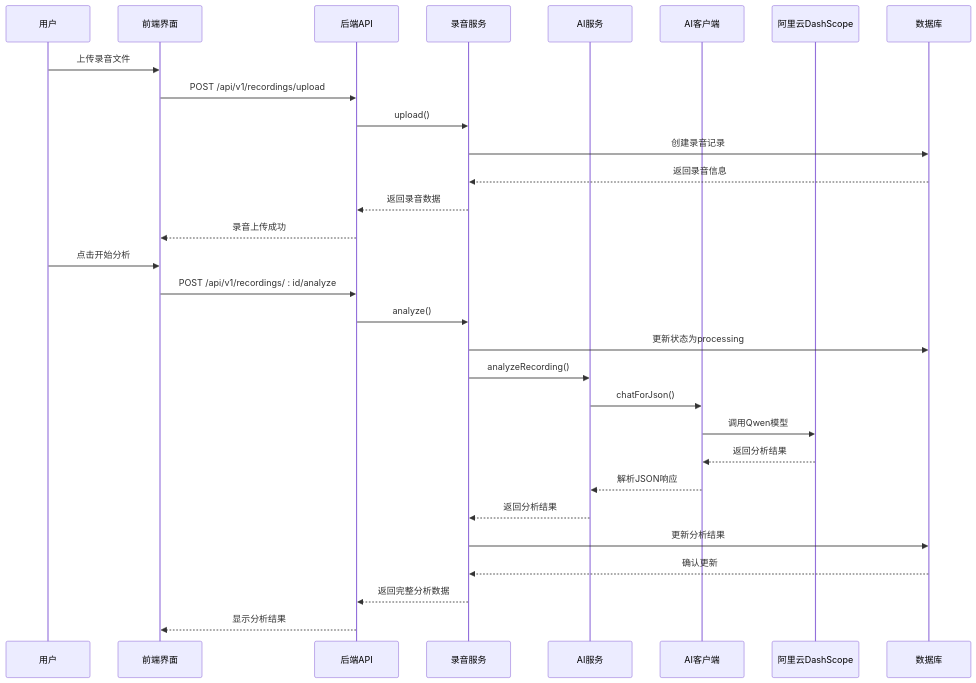
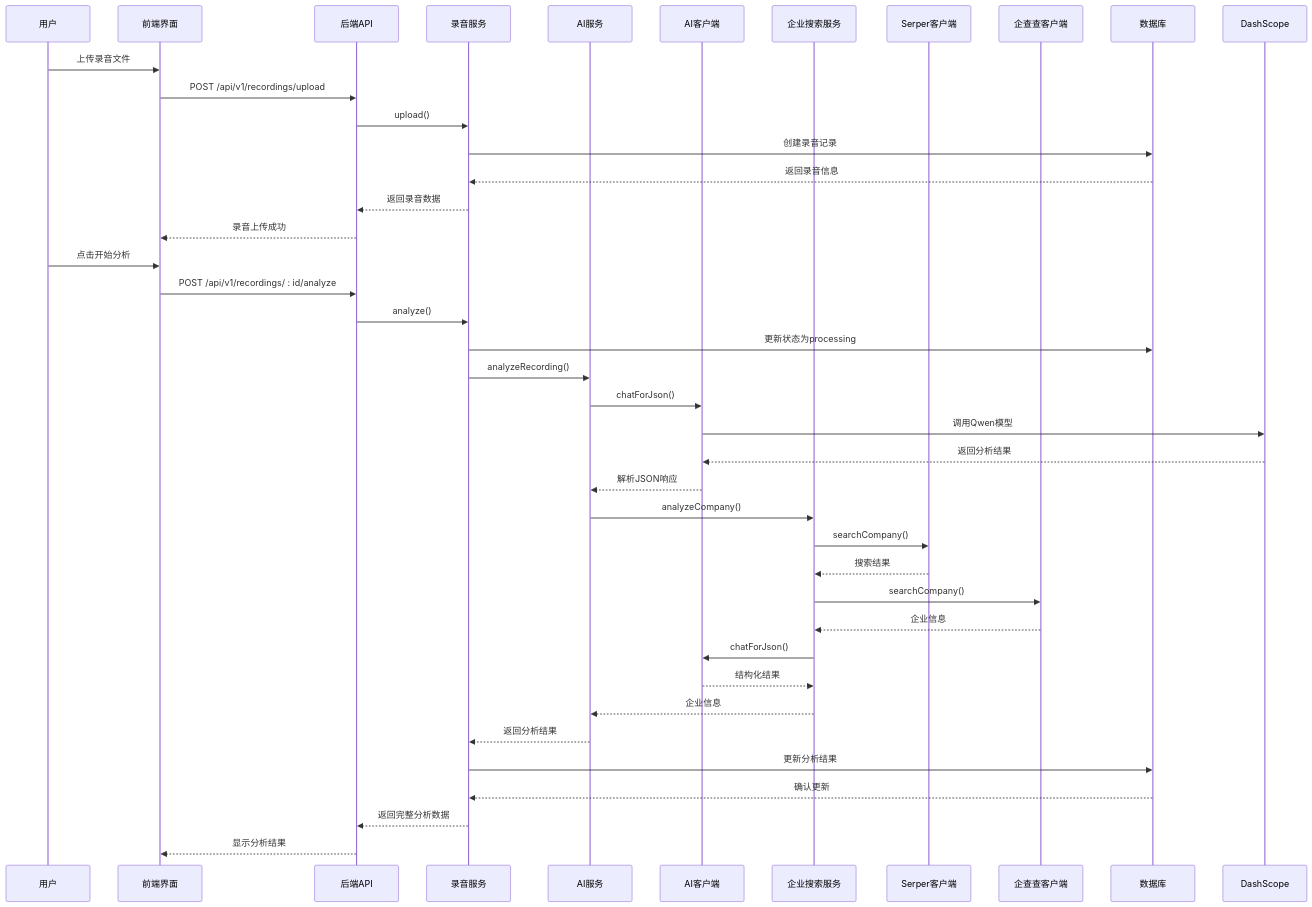
The fifth of 19 diagrams in .qoder/repowiki/zh/content/Ai Audio Analysis.md (xianjianshenqu/SalesFlow-CRM), drawn with Mermaid before and after one commit. The commit also changed other lines of this file and 7 other files, not shown here.

````diff
--- a/.qoder/repowiki/zh/content/Ai Audio Analysis.md
+++ b/.qoder/repowiki/zh/content/Ai Audio Analysis.md
@@ -412,32 +470,42 @@
 ```mermaid
 sequenceDiagram
 participant User as 用户
 participant Frontend as 前端界面
 participant API as 后端API
 participant Service as 录音服务
 participant AIService as AI服务
 participant AIClient as AI客户端
-participant DashScope as 阿里云DashScope
+participant CompanySearch as 企业搜索服务
+participant SerperClient as Serper客户端
+participant QCCClient as 企查查客户端
 participant DB as 数据库
 User->>Frontend : 上传录音文件
 Frontend->>API : POST /api/v1/recordings/upload
 API->>Service : upload()
 Service->>DB : 创建录音记录
 DB-->>Service : 返回录音信息
 Service-->>API : 返回录音数据
 API-->>Frontend : 录音上传成功
 User->>Frontend : 点击开始分析
 Frontend->>API : POST /api/v1/recordings/ : id/analyze
 API->>Service : analyze()
 Service->>DB : 更新状态为processing
 Service->>AIService : analyzeRecording()
 AIService->>AIClient : chatForJson()
 AIClient->>DashScope : 调用Qwen模型
 DashScope-->>AIClient : 返回分析结果
 AIClient-->>AIService : 解析JSON响应
+AIService->>CompanySearch : analyzeCompany()
+CompanySearch->>SerperClient : searchCompany()
+SerperClient-->>CompanySearch : 搜索结果
+CompanySearch->>QCCClient : searchCompany()
+QCCClient-->>CompanySearch : 企业信息
+CompanySearch->>AIClient : chatForJson()
+AIClient-->>CompanySearch : 结构化结果
+CompanySearch-->>AIService : 企业信息
 AIService-->>Service : 返回分析结果
 Service->>DB : 更新分析结果
 DB-->>Service : 确认更新
 Service-->>API : 返回完整分析数据
 API-->>Frontend : 显示分析结果
 ```
````
